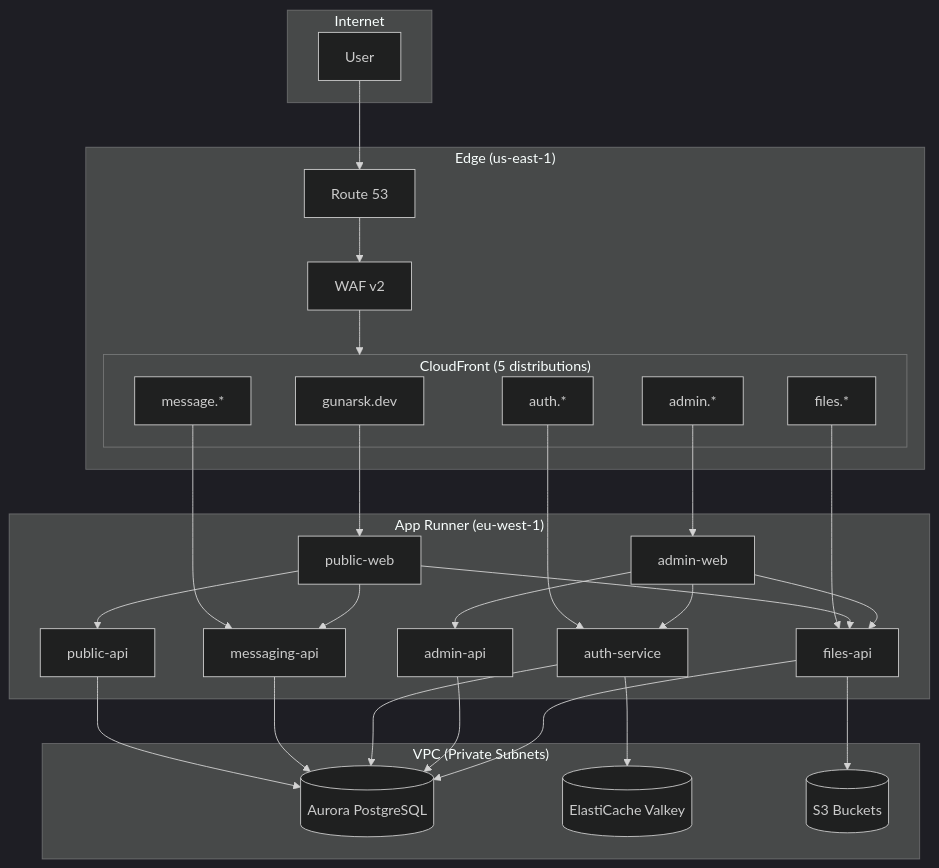
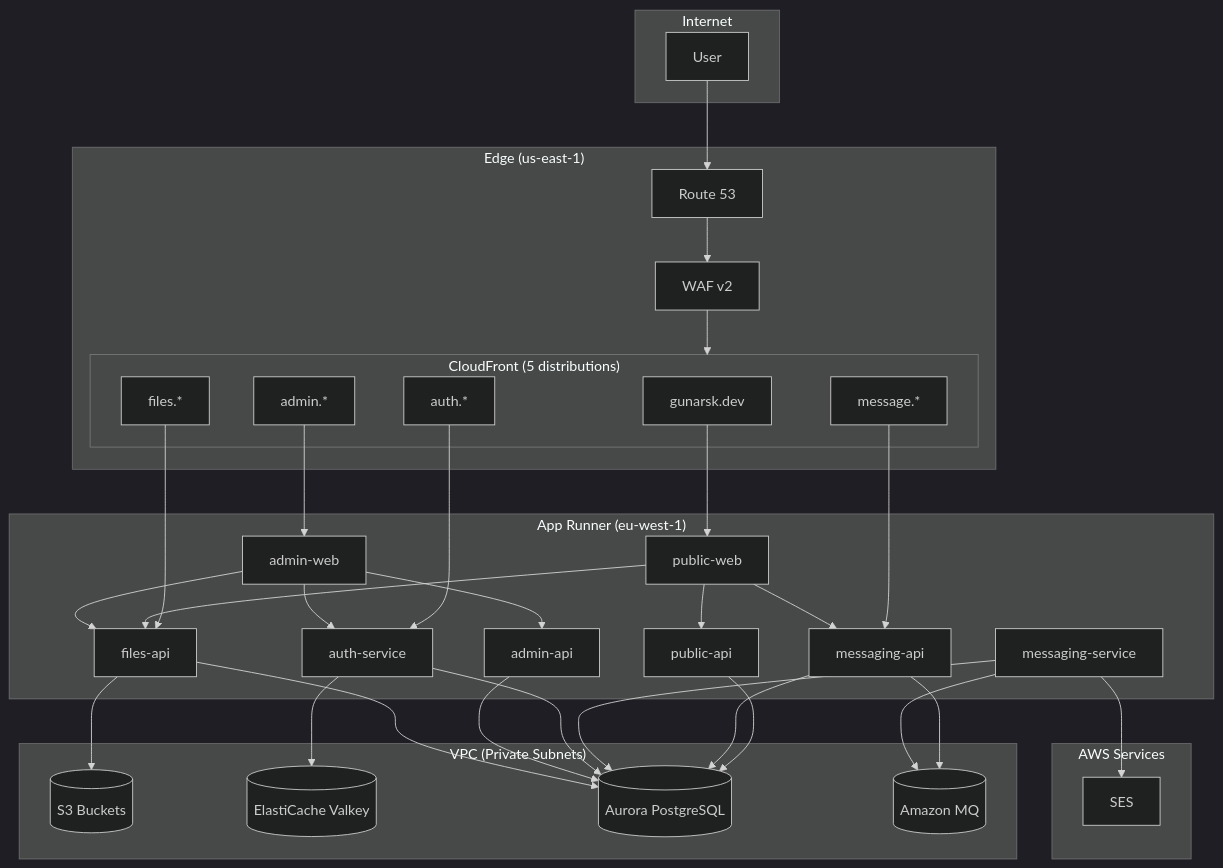
One commit to GunarsK-portfolio/infrastructure changed the second of 2 diagrams in docs/ARCHITECTURE.md. Above: the diagram before and after it, drawn with Mermaid (dark theme). The commit also changed other lines of this file and 19 other files, not shown here.

````diff
--- a/docs/ARCHITECTURE.md
+++ b/docs/ARCHITECTURE.md
@@ -129,59 +176,69 @@
 ```mermaid
 flowchart TB
     subgraph Internet
         USER[User]
     end
 
     subgraph Edge["Edge (us-east-1)"]
         R53[Route 53]
         WAF[WAF v2]
         subgraph CloudFront["CloudFront (5 distributions)"]
             CF_PUB[gunarsk.dev]
             CF_ADM[admin.*]
             CF_AUTH[auth.*]
             CF_FILES[files.*]
             CF_MSG[message.*]
         end
     end
 
     subgraph AppRunner["App Runner (eu-west-1)"]
         PW[public-web]
         AW[admin-web]
         PA[public-api]
         AA[admin-api]
         AUTH[auth-service]
         FA[files-api]
         MA[messaging-api]
+        MS[messaging-service]
     end
 
     subgraph VPC["VPC (Private Subnets)"]
+        S3[(S3 Buckets)]
+        REDIS[(ElastiCache Valkey)]
         AURORA[(Aurora PostgreSQL)]
-        REDIS[(ElastiCache Valkey)]
-        S3[(S3 Buckets)]
+        MQ[(Amazon MQ)]
+    end
+
+    subgraph AWS["AWS Services"]
+        SES[SES]
     end
 
     USER --> R53
     R53 --> WAF
     WAF --> CloudFront
 
     CF_PUB --> PW
     CF_ADM --> AW
     CF_AUTH --> AUTH
     CF_FILES --> FA
     CF_MSG --> MA
 
     PW --> PA
     PW --> MA
     PW --> FA
     AW --> AUTH
     AW --> AA
     AW --> FA
 
     PA --> AURORA
     MA --> AURORA
+    MA --> MQ
+    MS --> MQ
+    MS --> AURORA
+    MS --> SES
     AUTH --> AURORA
     AUTH --> REDIS
     AA --> AURORA
     FA --> AURORA
     FA --> S3
 ```
````
